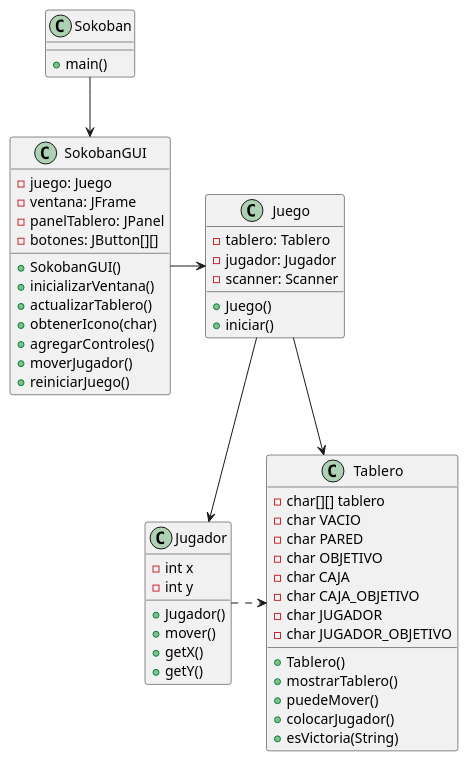
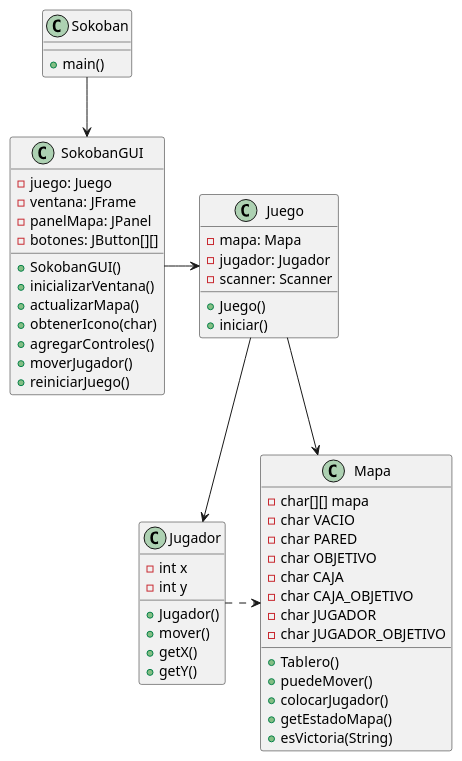
The diagram in Sokoban.puml (Mike37Jet/Sokoban), drawn with PlantUML before and after one commit. The commit also changed 5 other files, not shown here.

```diff
--- a/Sokoban.puml
+++ b/Sokoban.puml
@@ -1,56 +1,56 @@
 @startuml
 class Sokoban {
     + main()
 }
 class Juego {
-    - tablero: Tablero
+    - mapa: Mapa
     - jugador: Jugador
     - scanner: Scanner
     + Juego()
     + iniciar()
 }
 
 class SokobanGUI{
     - juego: Juego
     - ventana: JFrame
-    - panelTablero: JPanel
+    - panelMapa: JPanel
     - botones: JButton[][]
     + SokobanGUI()
     + inicializarVentana()
-    + actualizarTablero()
+    + actualizarMapa()
     + obtenerIcono(char)
     + agregarControles()
     + moverJugador()
     + reiniciarJuego()
 
 }
 class Jugador {
     - int x
     - int y
     + Jugador()
     + mover()
     + getX()
     + getY()
 }
-class Tablero {
-    - char[][] tablero
+class Mapa {
+    - char[][] mapa
     - char VACIO
     - char PARED
     - char OBJETIVO
     - char CAJA
     - char CAJA_OBJETIVO
     - char JUGADOR
     - char JUGADOR_OBJETIVO
     + Tablero()
-    + mostrarTablero()
     + puedeMover()
     + colocarJugador()
+    + getEstadoMapa()
     + esVictoria(String)
 }
 
 Sokoban --> SokobanGUI
 SokobanGUI -> Juego
 Juego --> Jugador
-Juego --> Tablero
-Jugador .> Tablero
+Juego --> Mapa
+Jugador .> Mapa
 @enduml
```
